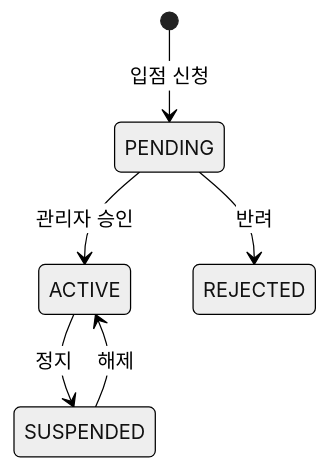
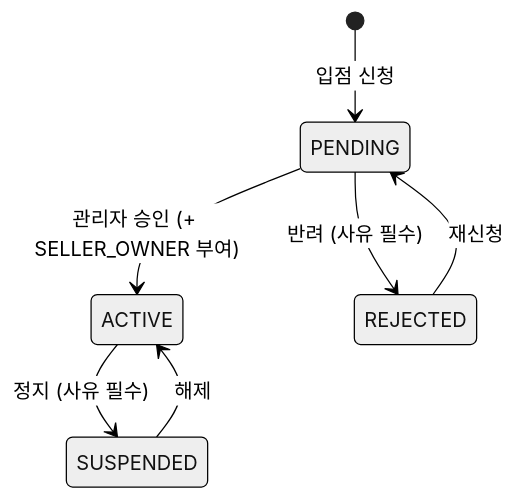
Before and after one commit to presentY1897/demo-shopping: the sixth of 8 diagrams in docs/design/state-machines.md, drawn with Mermaid (neutral theme). The commit also changed other lines of this file, not shown here.

````diff
--- a/docs/design/state-machines.md
+++ b/docs/design/state-machines.md
@@ -131,8 +131,9 @@
 ```mermaid
 stateDiagram-v2
     [*] --> PENDING : 입점 신청
-    PENDING --> ACTIVE : 관리자 승인
-    PENDING --> REJECTED : 반려
-    ACTIVE --> SUSPENDED : 정지
+    PENDING --> ACTIVE : 관리자 승인 (+ SELLER_OWNER 부여)
+    PENDING --> REJECTED : 반려 (사유 필수)
+    REJECTED --> PENDING : 재신청
+    ACTIVE --> SUSPENDED : 정지 (사유 필수)
     SUSPENDED --> ACTIVE : 해제
 ```
````
